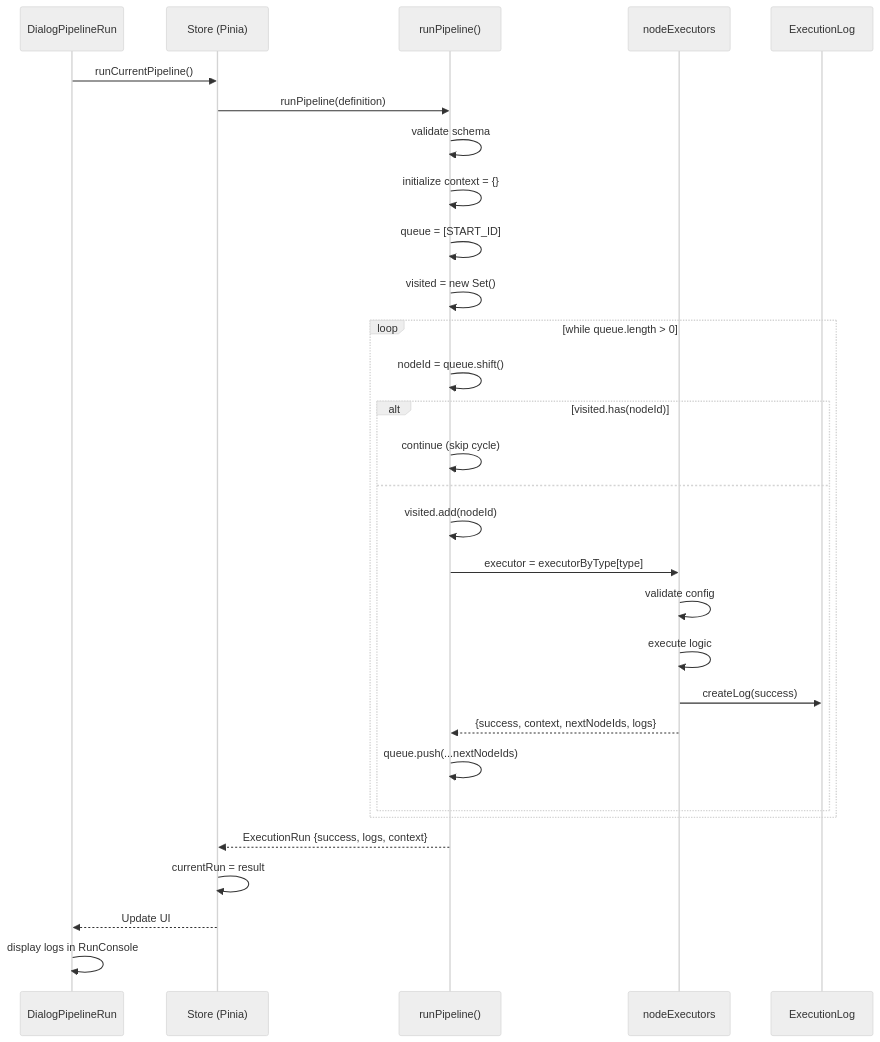
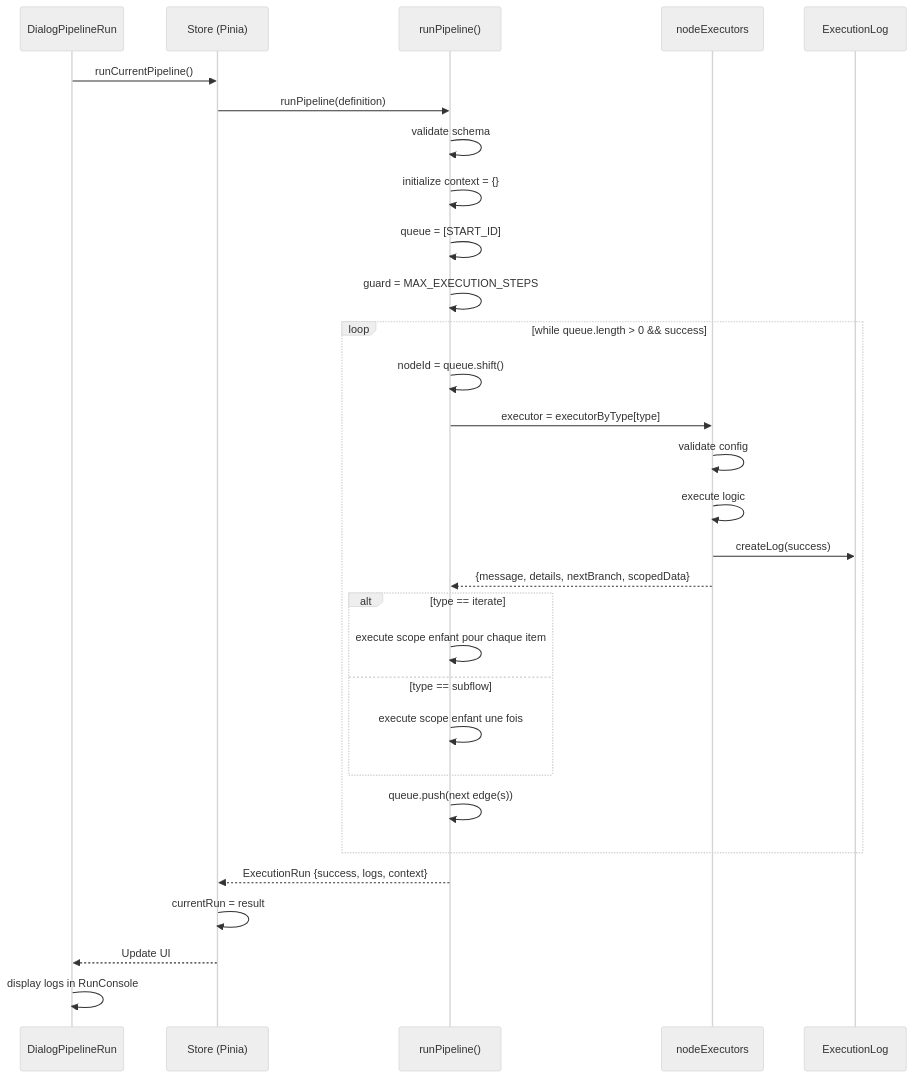
One commit to silvanic/ETL_Experiment changed the second of 12 diagrams in docs/technique/DIAGRAMS.md. Above: the diagram before and after it, drawn with Mermaid (neutral theme). The commit also changed other lines of this file and 41 other files, not shown here.

````diff
--- a/docs/technique/DIAGRAMS.md
+++ b/docs/technique/DIAGRAMS.md
@@ -65,36 +65,36 @@
 ```mermaid
 sequenceDiagram
     participant UI as DialogPipelineRun
     participant Store as Store (Pinia)
     participant Engine as runPipeline()
     participant Exec as nodeExecutors
     participant Log as ExecutionLog
 
     UI->>Store: runCurrentPipeline()
     Store->>Engine: runPipeline(definition)
     
     Engine->>Engine: validate schema
     Engine->>Engine: initialize context = {}
     Engine->>Engine: queue = [START_ID]
-    Engine->>Engine: visited = new Set()
+    Engine->>Engine: guard = MAX_EXECUTION_STEPS
     
-    loop while queue.length > 0
+    loop while queue.length > 0 && success
         Engine->>Engine: nodeId = queue.shift()
-        alt visited.has(nodeId)
-            Engine->>Engine: continue (skip cycle)
-        else
-            Engine->>Engine: visited.add(nodeId)
-            Engine->>Exec: executor = executorByType[type]
-            Exec->>Exec: validate config
-            Exec->>Exec: execute logic
-            Exec->>Log: createLog(success)
-            Exec-->>Engine: {success, context, nextNodeIds, logs}
-            Engine->>Engine: queue.push(...nextNodeIds)
+        Engine->>Exec: executor = executorByType[type]
+        Exec->>Exec: validate config
+        Exec->>Exec: execute logic
+        Exec->>Log: createLog(success)
+        Exec-->>Engine: {message, details, nextBranch, scopedData}
+        alt type == iterate
+            Engine->>Engine: execute scope enfant pour chaque item
+        else type == subflow
+            Engine->>Engine: execute scope enfant une fois
         end
+        Engine->>Engine: queue.push(next edge(s))
     end
     
     Engine-->>Store: ExecutionRun {success, logs, context}
     Store->>Store: currentRun = result
     Store-->>UI: Update UI
     UI->>UI: display logs in RunConsole
 ```
````
